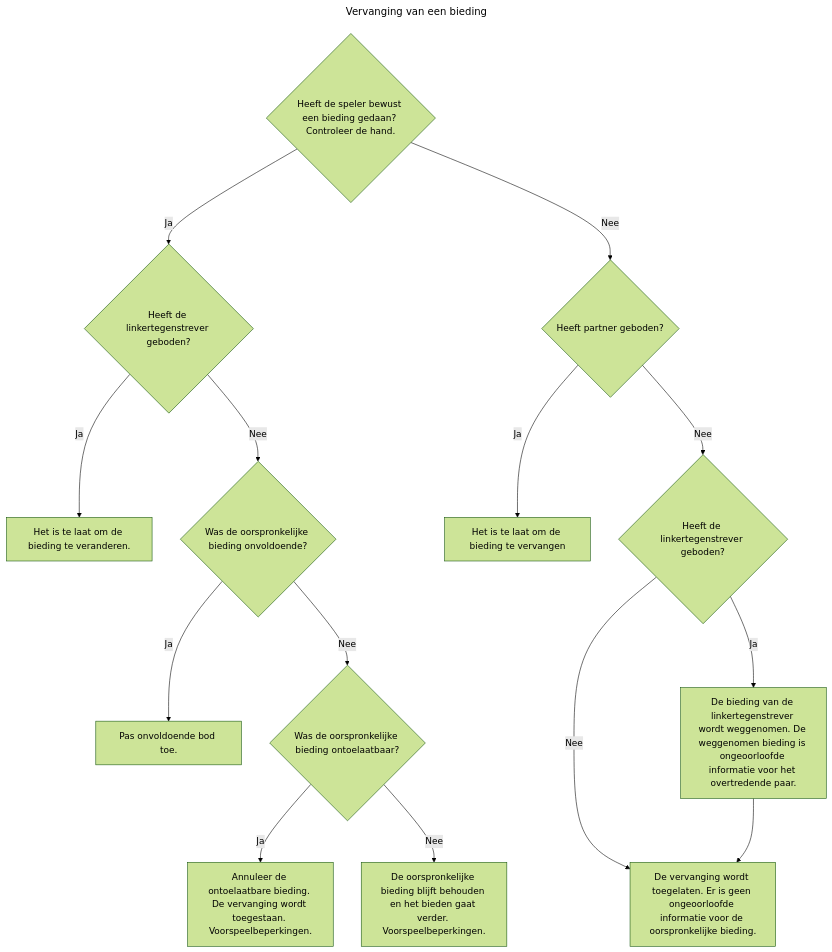
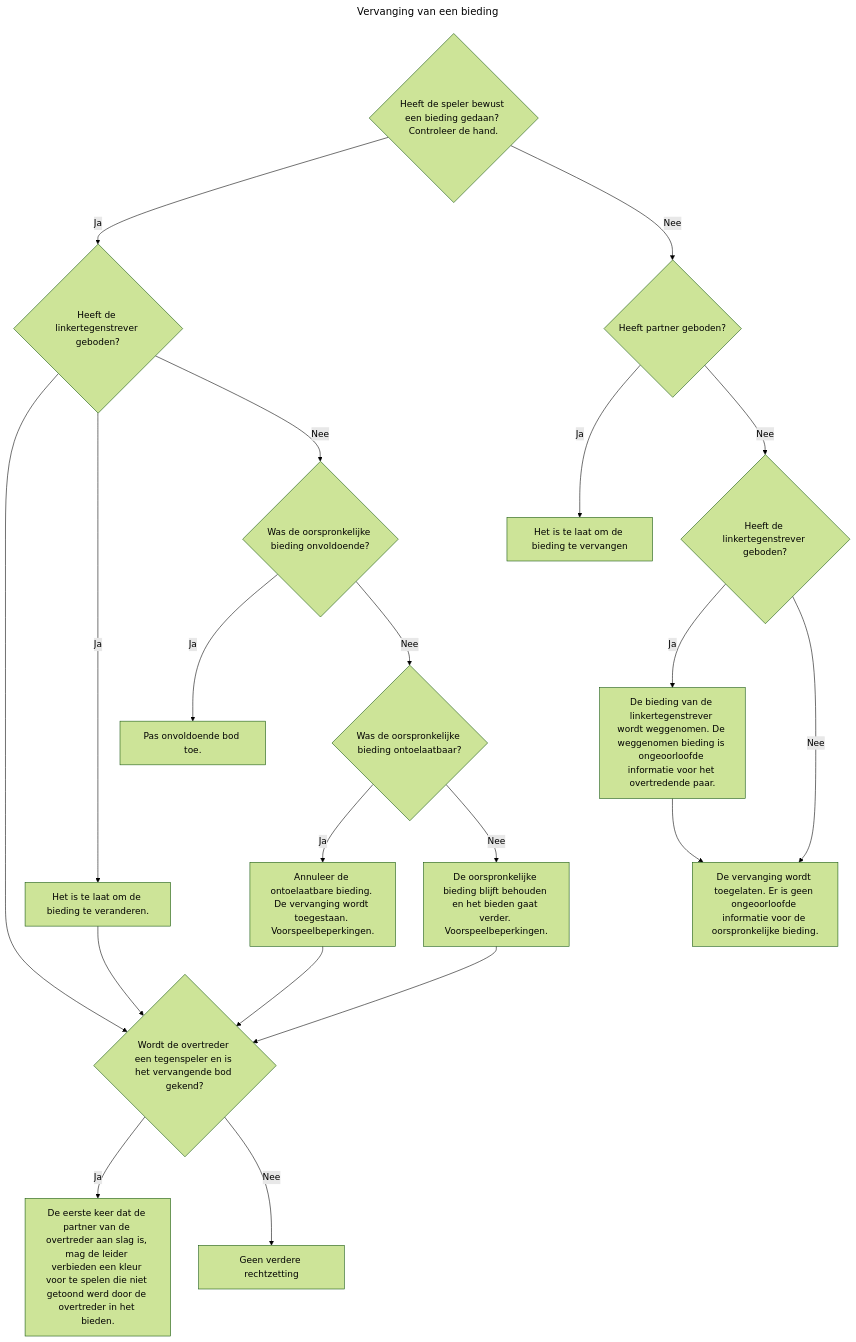
The diagram in bieding-vervangen.md (tcorneli/CTL-instructies), drawn with Mermaid (forest theme) before and after one commit.

Commit message:
Update bidding replacement flowchart

````diff
--- a/bieding-vervangen.md
+++ b/bieding-vervangen.md
@@ -1,20 +1,22 @@
 ```mermaid
 ---
 title: Vervanging van een bieding
 ---
 graph TD
     A{Heeft de speler bewust een bieding gedaan? Controleer de hand.}
-    A -->|Ja| B{Heeft de linkertegenstrever geboden?}
-    B -->|Ja| C[Het is te laat om de bieding te veranderen.]
+    A -->|Ja| B{Heeft de linkertegenstrever geboden?} -->N{Wordt de overtreder een tegenspeler en is het vervangende bod gekend?}
+    B -->|Ja| C[Het is te laat om de bieding te veranderen.] -->N
     B -->|Nee| D{Was de oorspronkelijke bieding onvoldoende?}
     D -->|Ja| E[Pas onvoldoende bod toe.]
     D -->|Nee| F{Was de oorspronkelijke bieding ontoelaatbaar?}
-    F -->|Ja| G[Annuleer de ontoelaatbare bieding. De vervanging wordt toegestaan. Voorspeelbeperkingen.]
-    F -->|Nee| H[De oorspronkelijke bieding blijft behouden en het bieden gaat verder. Voorspeelbeperkingen.]
+    F -->|Ja| G[Annuleer de ontoelaatbare bieding. De vervanging wordt toegestaan. Voorspeelbeperkingen.] -->N
+    F -->|Nee| H[De oorspronkelijke bieding blijft behouden en het bieden gaat verder. Voorspeelbeperkingen.] -->N
     A -->|Nee| I{Heeft partner geboden?}
     I -->|Ja| J[Het is te laat om de bieding te vervangen]
     I -->|Nee| K{Heeft de linkertegenstrever geboden?}
     K -->|Ja| L[De bieding van de linkertegenstrever wordt weggenomen. De weggenomen bieding is ongeoorloofde informatie voor het overtredende paar.]
     K -->|Nee| M[De vervanging wordt toegelaten. Er is geen ongeoorloofde informatie voor de oorspronkelijke bieding.]
     L --> M
+    N -->|Ja| O[De eerste keer dat de partner van de overtreder aan slag is, mag de leider verbieden een kleur voor te spelen die niet getoond werd door de overtreder in het bieden.]
+    N -->|Nee| P[Geen verdere rechtzetting]
 ```
````
